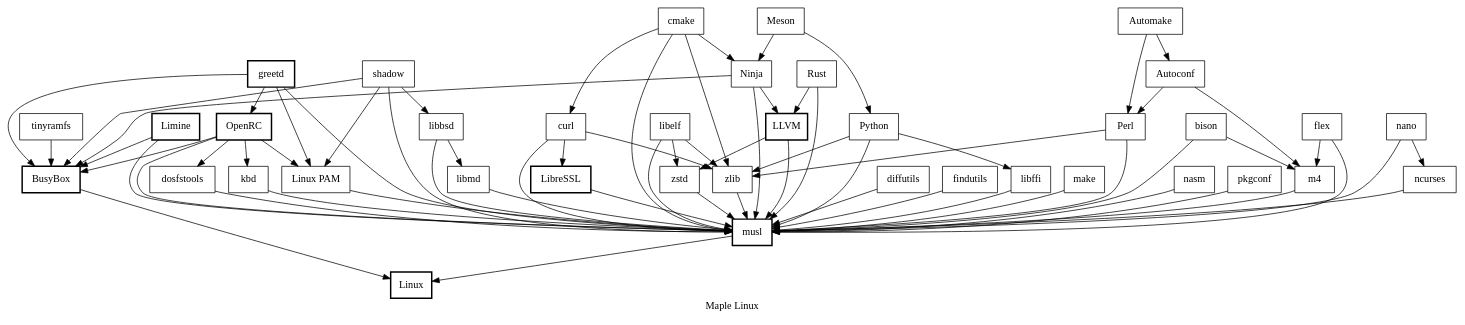
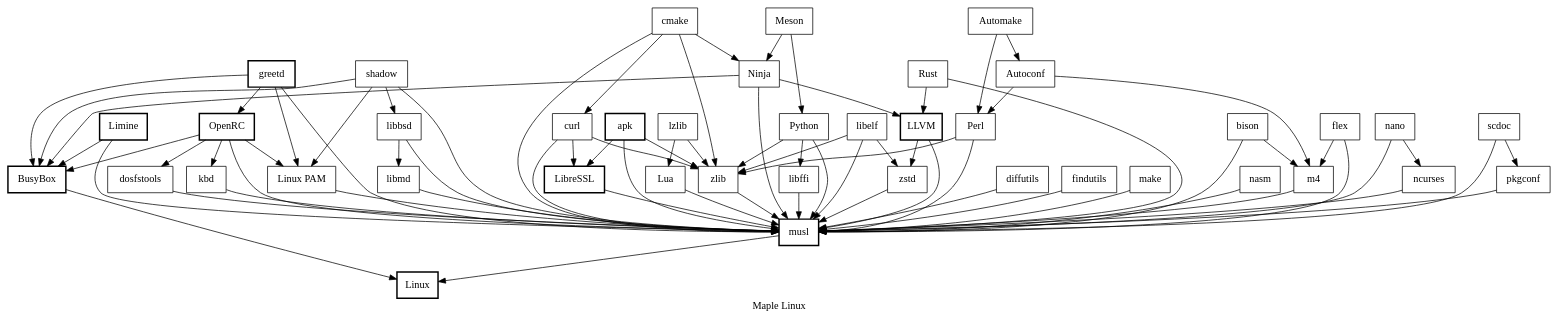
One commit to cbpudding/maplelinux-bootstrap changed the diagram in tree.gv. Above: the diagram before and after it, drawn with Graphviz. The commit also changed 6 other files, not shown here.

Commit message:
Updated packages and added apk-tools

```diff
--- a/tree.gv
+++ b/tree.gv
@@ -1,81 +1,87 @@
 digraph {
     label = "Maple Linux"
     node [shape = "box"]
 
+    apk_tools [label = "apk", style = "bold"]
     autoconf [label = "Autoconf"]
     automake [label = "Automake"]
     bison
     busybox [label = "BusyBox", style = "bold"]
     cmake
     curl
     diffutils
     dosfstools
     findutils
     flex
     greetd [style = "bold"]
     kbd
     libbsd
     libelf
     libffi
     libmd
     libressl [label = "LibreSSL", style = "bold"]
     limine [label = "Limine", style = "bold"]
     linux [label = "Linux", style = "bold"]
     linux_pam [label = "Linux PAM"]
+    lua [label = "Lua"]
     llvm [label = "LLVM", style = "bold"]
+    lzlib [label = "lzlib"]
     m4
     make
     meson [label = "Meson"]
     musl [style = "bold"]
     nano
     nasm
     ncurses
     ninja [label = "Ninja"]
     openrc [label = "OpenRC", style = "bold"]
     perl [label = "Perl"]
     pkgconf
     python [label = "Python"]
     rustc [label = "Rust"]
+    scdoc
     shadow
-    tinyramfs
     zlib
     zstd
 
+    apk_tools -> {libressl, musl, zlib}
     autoconf -> {m4, perl}
     automake -> {autoconf, perl}
     bison -> {m4, musl}
     busybox -> linux
     cmake -> {curl, musl, ninja, zlib}
     curl -> {libressl, musl, zlib}
     diffutils -> musl
     dosfstools -> musl
     findutils -> musl
     flex -> {m4, musl}
     greetd -> {busybox, musl, openrc, linux_pam}
     kbd -> musl
     libbsd -> {musl, libmd}
     libelf -> {musl, zlib, zstd}
     libffi -> musl
     libmd -> musl
     libressl -> musl
     limine -> {busybox, musl}
+    lua -> musl
     llvm -> {musl, zstd}
+    lzlib -> {lua, zlib}
     m4 -> musl
     make -> musl
     meson -> {ninja, python}
     musl -> linux
     nano -> {musl, ncurses}
     nasm -> musl
     ncurses -> musl
     ninja -> {busybox, llvm, musl}
     openrc -> {busybox, dosfstools, kbd, linux_pam, musl}
     linux_pam -> musl
     perl -> {musl, zlib}
     pkgconf -> musl
     python -> {libffi, musl, zlib}
     rustc -> {llvm, musl}
+    scdoc -> {musl, pkgconf}
     shadow -> {busybox, libbsd, linux_pam, musl}
-    tinyramfs -> busybox
     zlib -> musl
     zstd -> musl
 }
```
